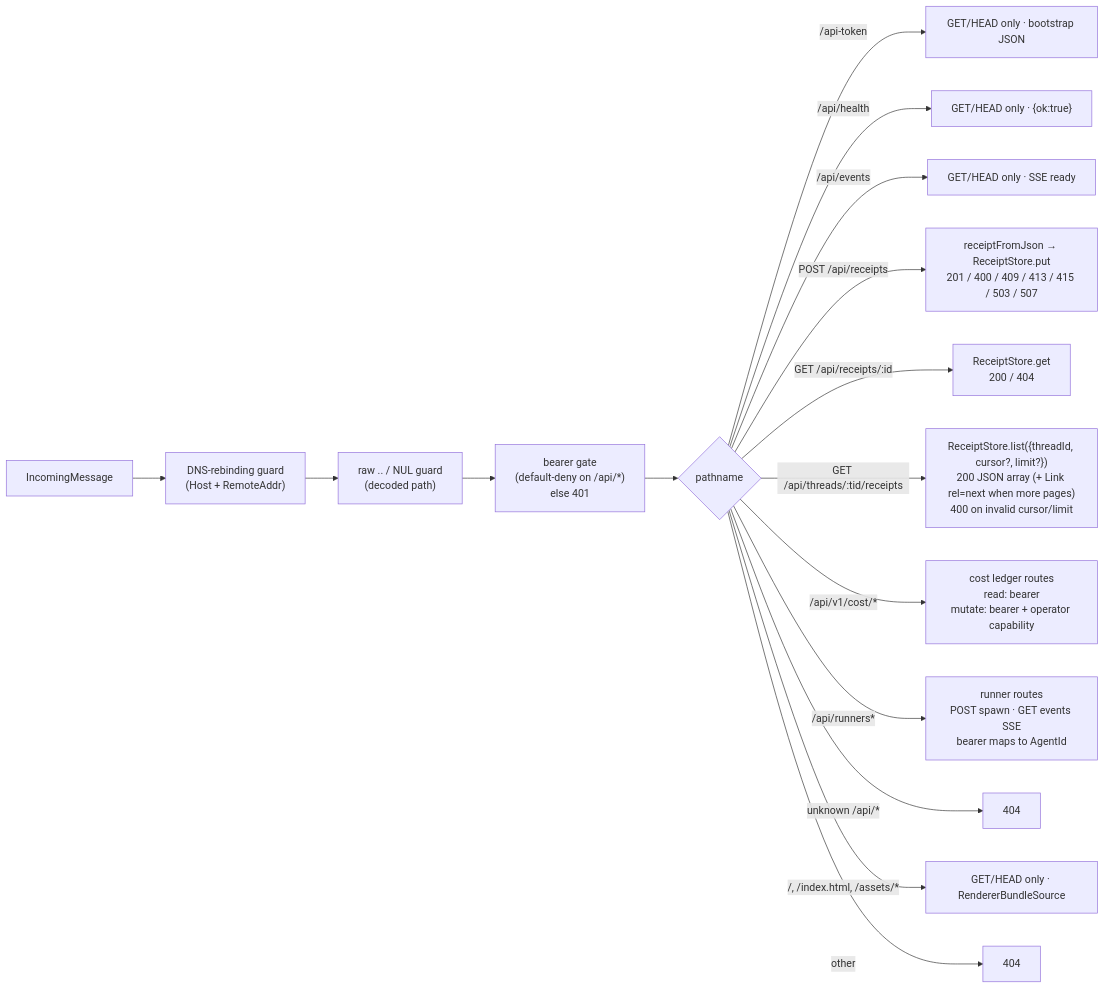
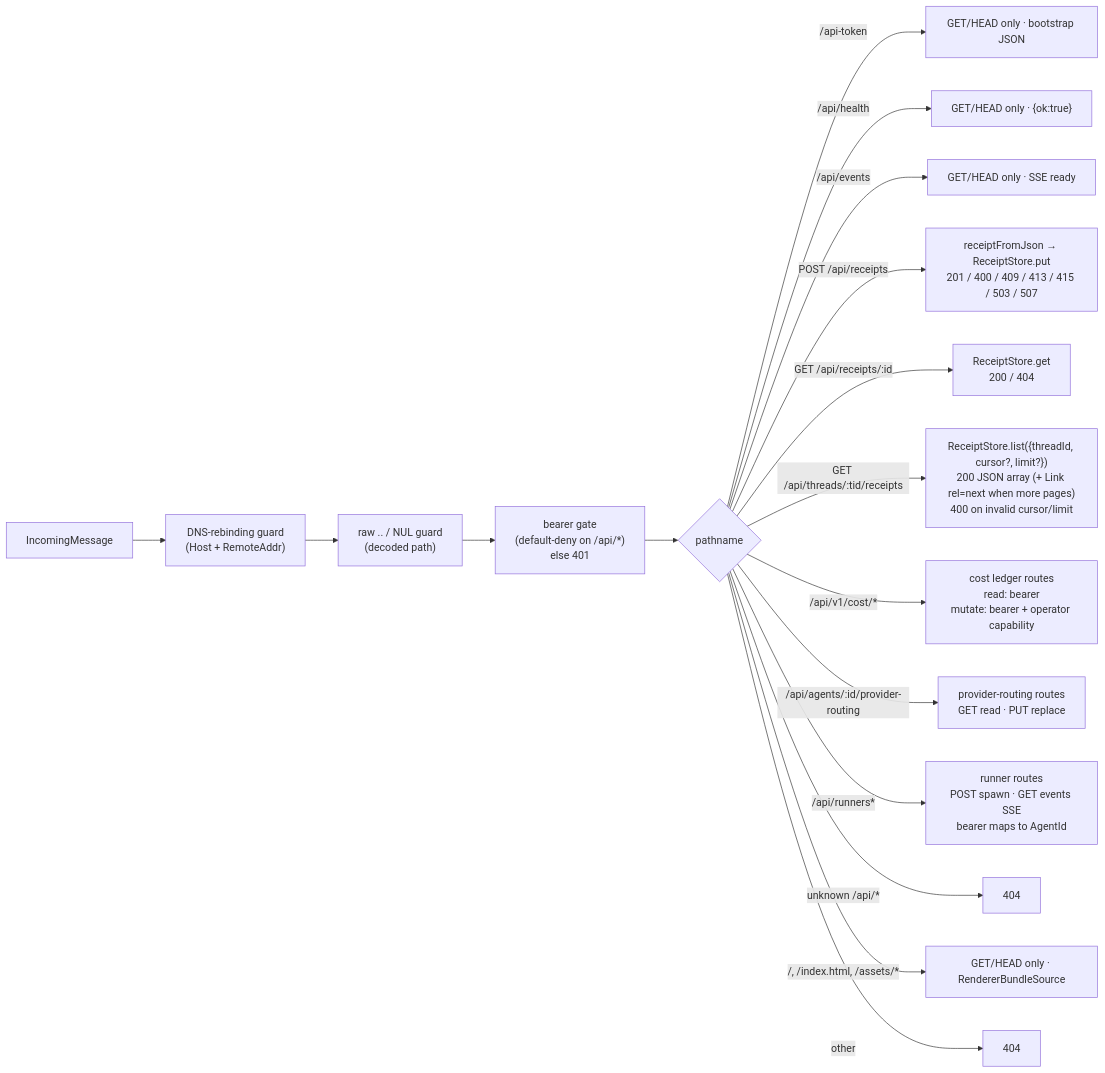
One commit to nex-crm/wuphf changed the diagram in packages/broker/docs/modules/listener.md. Above: the diagram before and after it, drawn with Mermaid. The commit also changed other lines of this file and 6 other files, not shown here.

First line of the commit message:
feat(broker): per-agent provider routing route + factory lookup

````diff
--- a/packages/broker/docs/modules/listener.md
+++ b/packages/broker/docs/modules/listener.md
@@ -17,18 +17,19 @@
 ```mermaid
 flowchart LR
   req["IncomingMessage"] --> guard["DNS-rebinding guard<br/>(Host + RemoteAddr)"]
   guard --> traversal["raw .. / NUL guard<br/>(decoded path)"]
   traversal --> auth["bearer gate<br/>(default-deny on /api/*)<br/>else 401"]
   auth --> dispatch{"pathname"}
   dispatch -- "/api-token" --> bootstrap["GET/HEAD only · bootstrap JSON"]
   dispatch -- "/api/health" --> health["GET/HEAD only · {ok:true}"]
   dispatch -- "/api/events" --> events["GET/HEAD only · SSE ready"]
   dispatch -- "POST /api/receipts" --> create["receiptFromJson → ReceiptStore.put<br/>201 / 400 / 409 / 413 / 415 / 503 / 507"]
   dispatch -- "GET /api/receipts/:id" --> read["ReceiptStore.get<br/>200 / 404"]
   dispatch -- "GET /api/threads/:tid/receipts" --> list["ReceiptStore.list({threadId, cursor?, limit?})<br/>200 JSON array (+ Link rel=next when more pages)<br/>400 on invalid cursor/limit"]
   dispatch -- "/api/v1/cost/*" --> cost["cost ledger routes<br/>read: bearer<br/>mutate: bearer + operator capability"]
+  dispatch -- "/api/agents/:id/provider-routing" --> routing["provider-routing routes<br/>GET read · PUT replace"]
   dispatch -- "/api/runners*" --> runners["runner routes<br/>POST spawn · GET events SSE<br/>bearer maps to AgentId"]
   dispatch -- "unknown /api/*" --> apinotfound["404"]
   dispatch -- "/, /index.html, /assets/*" --> static["GET/HEAD only · RendererBundleSource"]
   dispatch -- "other" --> notfound["404"]
 ```
````
